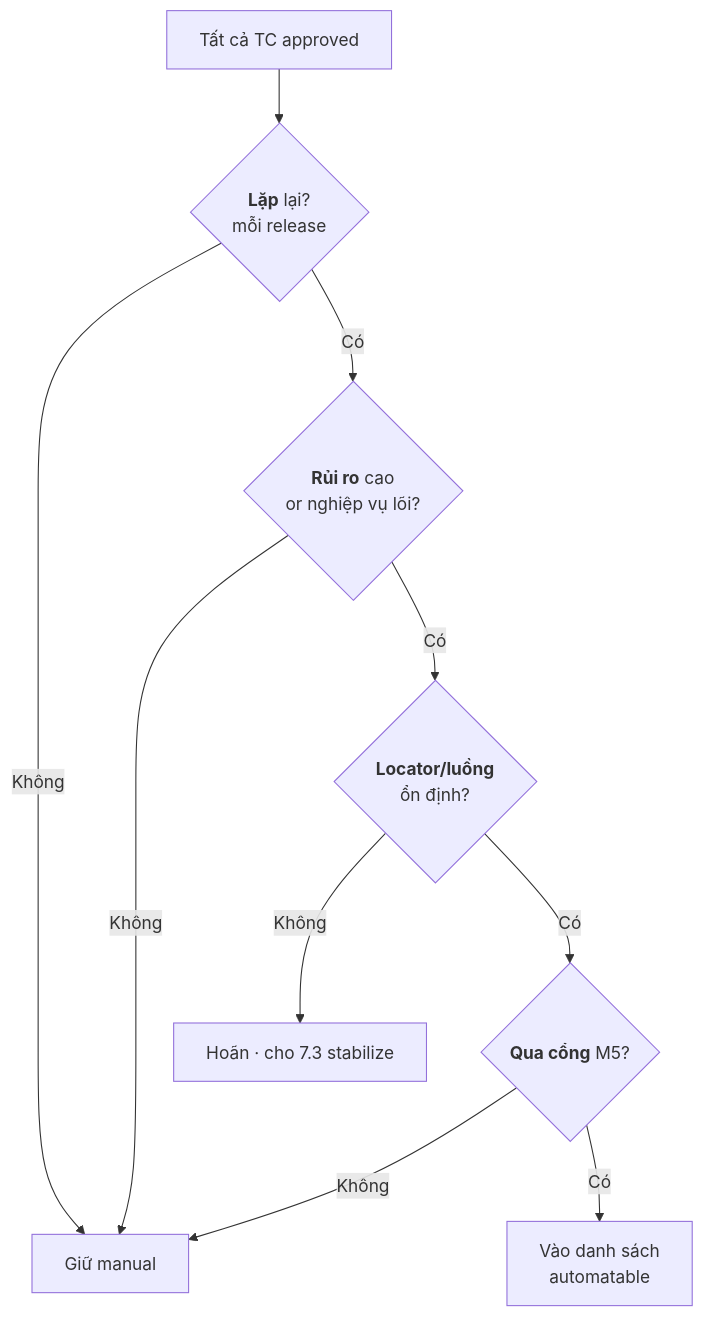
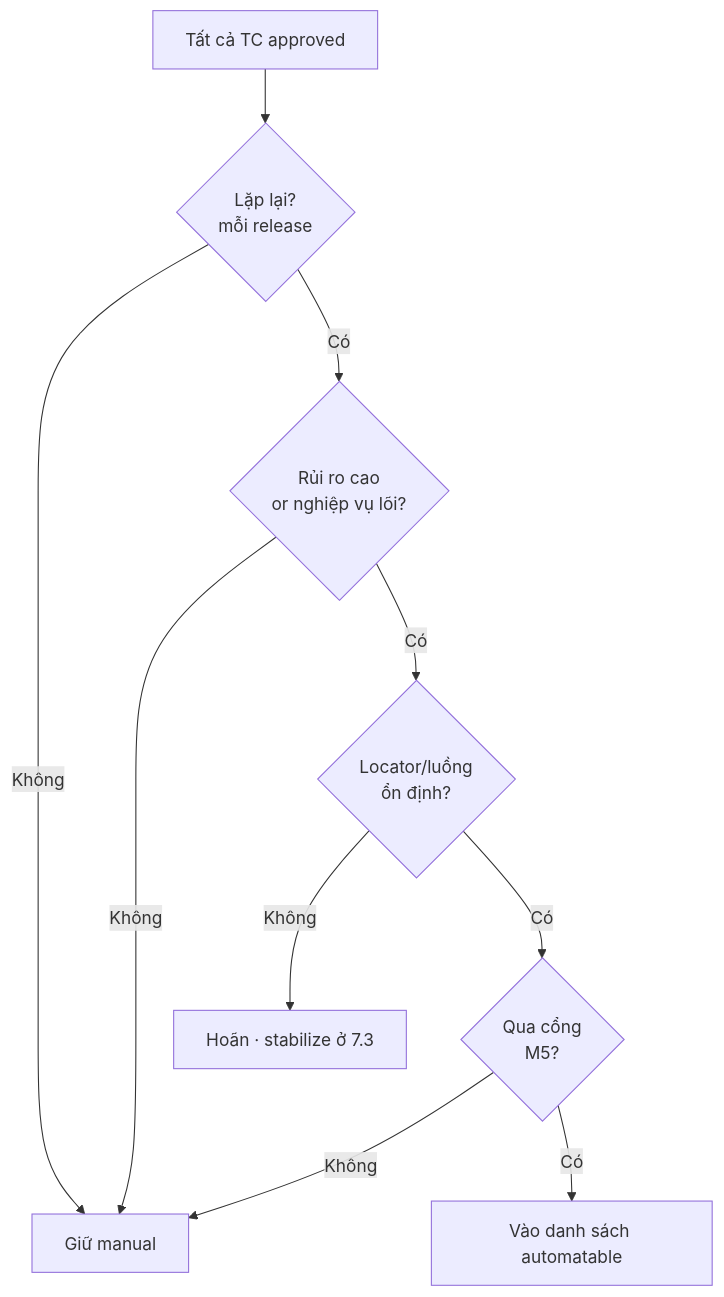
The second of 3 diagrams in docs/curriculum/MODULE-06-playwright.md (heino-labs/gen-ai-labs), drawn with Mermaid before and after one commit. The commit also changed other lines of this file and 10 other files, not shown here.

Commit message:
Refactor MODULE-09-capstone.md and README.md for clarity and structure; enhance narrative flow and emphasize evidence-based learning in AI testing curriculum.

````diff
--- a/docs/curriculum/MODULE-06-playwright.md
+++ b/docs/curriculum/MODULE-06-playwright.md
@@ -93,12 +68,12 @@
 ```mermaid
 flowchart TD
-    ALL["Tất cả TC approved"] --> Q1{"<b>Lặp</b> lại?<br/>mỗi release"}
+    ALL["Tất cả TC approved"] --> Q1{"Lặp lại?<br/>mỗi release"}
     Q1 -- Không --> NO["Giữ manual"]
-    Q1 -- Có --> Q2{"<b>Rủi ro</b> cao<br/>or nghiệp vụ lõi?"}
+    Q1 -- Có --> Q2{"Rủi ro cao<br/>or nghiệp vụ lõi?"}
     Q2 -- Không --> NO
-    Q2 -- Có --> Q3{"<b>Locator/luồng</b><br/>ổn định?"}
-    Q3 -- Không --> DEFER["Hoãn · cho 7.3 stabilize"]
-    Q3 -- Có --> Q4{"<b>Qua cổng</b> M5?"}
+    Q2 -- Có --> Q3{"Locator/luồng<br/>ổn định?"}
+    Q3 -- Không --> DEFER["Hoãn · stabilize ở 7.3"]
+    Q3 -- Có --> Q4{"Qua cổng<br/>M5?"}
     Q4 -- Không --> NO
-    Q4 -- Có --> OK["Vào danh sách<br/>automatable"]
+    Q4 -- Có --> OK["Vào danh sách automatable"]
 ```
````
